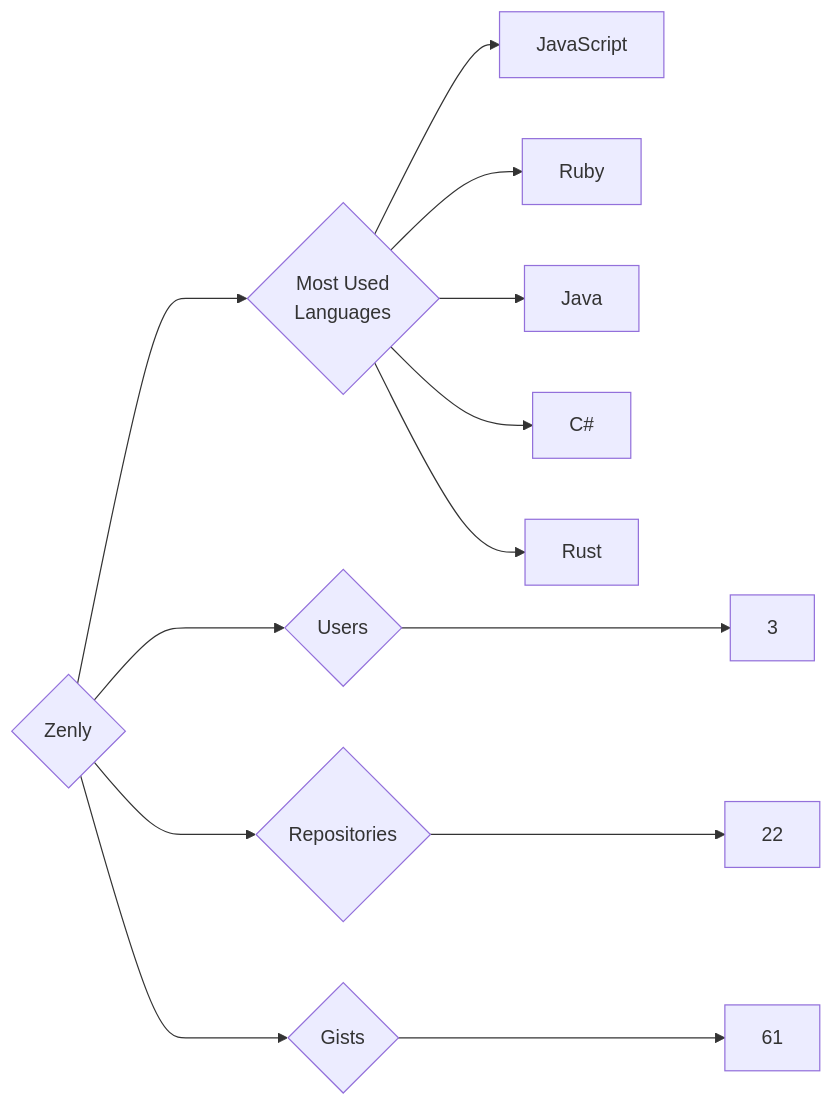
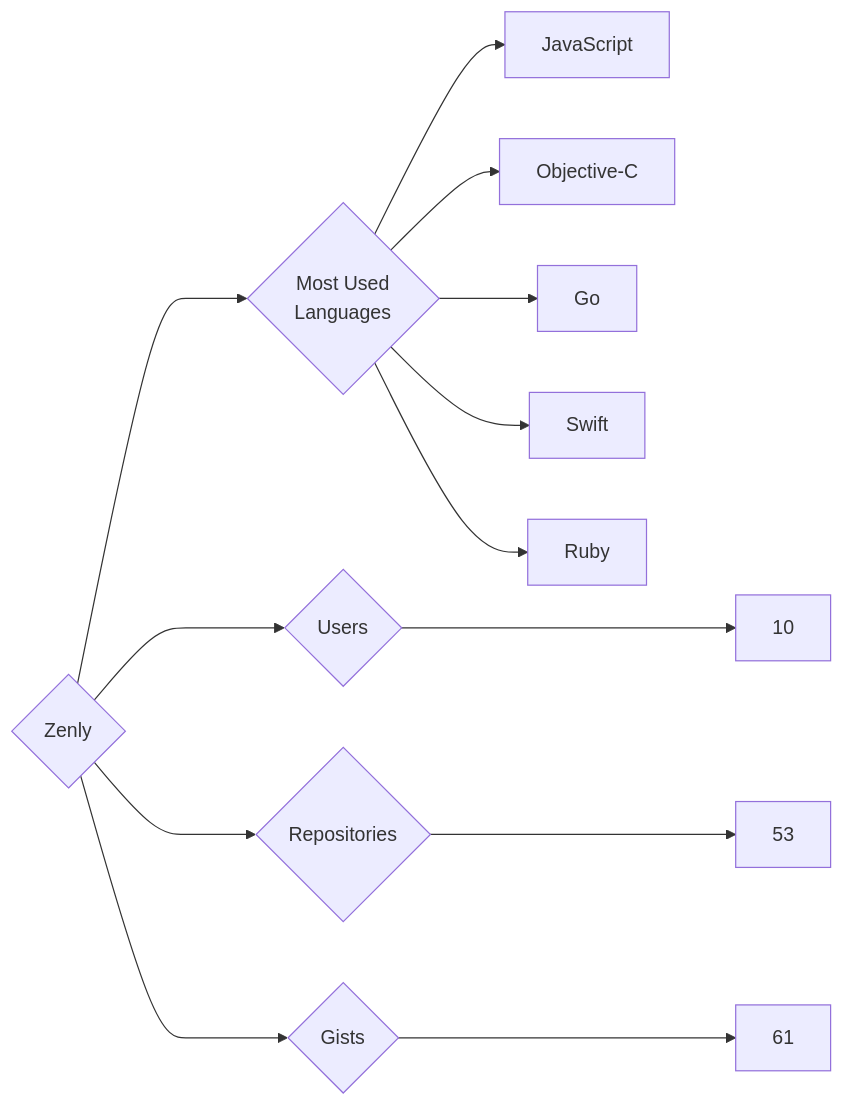
One commit to trickest/insiders changed the diagram in targets/Zenly/README.md. Above: the diagram before and after it, drawn with Mermaid. The commit also changed 976 other files, not shown here.

````diff
--- a/targets/Zenly/README.md
+++ b/targets/Zenly/README.md
@@ -3,13 +3,13 @@
 ```mermaid
 graph LR
 COMPANY_NAME{Zenly}
-COMPANY_NAME ---> U{Users} ---> UN[3]
-COMPANY_NAME ---> R{Repositories} ---> RN[22]
+COMPANY_NAME ---> U{Users} ---> UN[10]
+COMPANY_NAME ---> R{Repositories} ---> RN[53]
 COMPANY_NAME ---> G{Gists} ---> GN[61]
 COMPANY_NAME ---> ML{Most Used<br>Languages}
 ML --> JavaScript[JavaScript]
+ML --> Objective-C[Objective-C]
+ML --> Go[Go]
+ML --> Swift[Swift]
 ML --> Ruby[Ruby]
-ML --> Java[Java]
-ML --> C#[C#]
-ML --> Rust[Rust]
 ```
````
